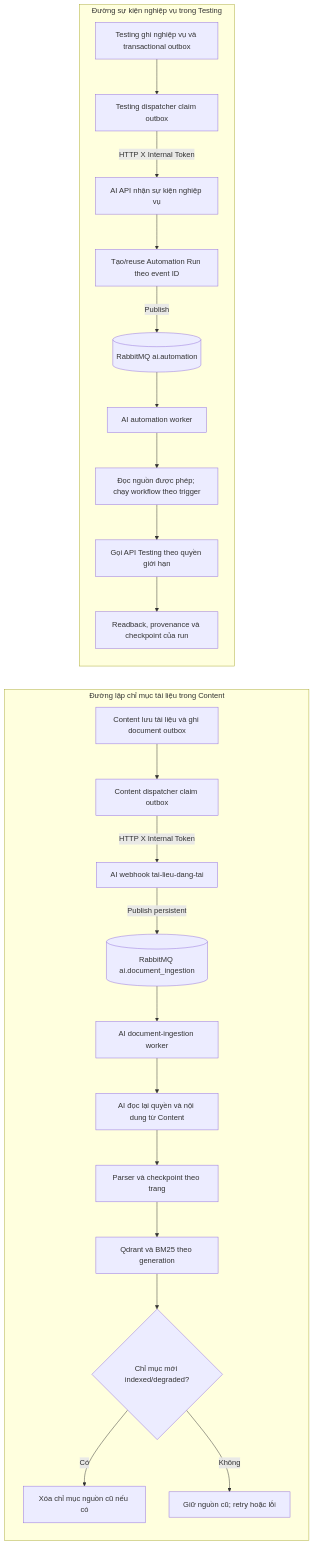
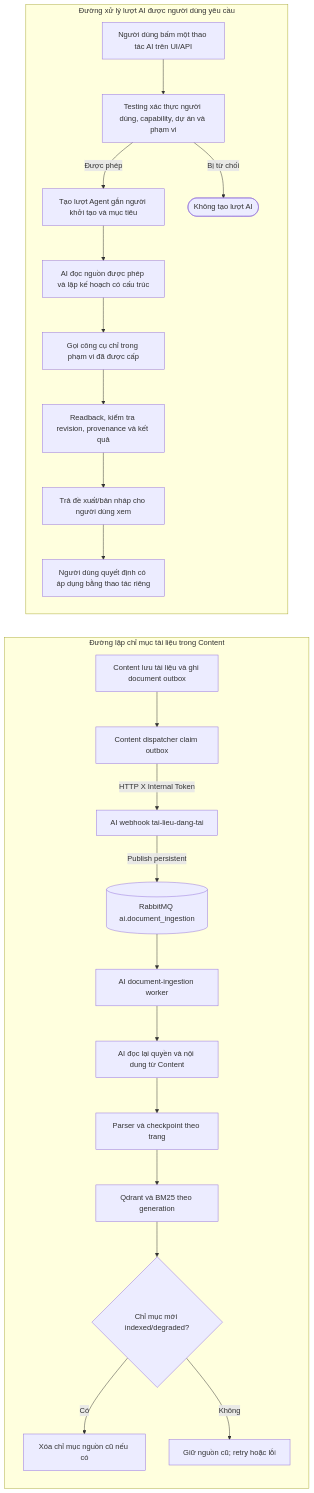
One commit to MinTruqday/Veriq changed the seventh of 12 diagrams in docs/kien-truc/FRAMEWORK_VERIQ.md. Above: the diagram before and after it, drawn with Mermaid. The commit also changed other lines of this file and 99 other files, not shown here.

````diff
--- a/docs/kien-truc/FRAMEWORK_VERIQ.md
+++ b/docs/kien-truc/FRAMEWORK_VERIQ.md
@@ -349,26 +349,26 @@
 ```mermaid
 flowchart LR
     subgraph INDEXING[Đường lập chỉ mục tài liệu trong Content]
       C1[Content lưu tài liệu và ghi document outbox] --> C2[Content dispatcher claim outbox]
       C2 -->|HTTP X Internal Token| A1[AI webhook tai-lieu-dang-tai]
       A1 -->|Publish persistent| MQ1[(RabbitMQ ai.document_ingestion)]
       MQ1 --> A2[AI document-ingestion worker]
       A2 --> A3[AI đọc lại quyền và nội dung từ Content]
       A3 --> A4[Parser và checkpoint theo trang]
       A4 --> A5[Qdrant và BM25 theo generation]
       A5 --> A6{Chỉ mục mới indexed/degraded?}
       A6 -->|Có| A7[Xóa chỉ mục nguồn cũ nếu có]
       A6 -->|Không| A8[Giữ nguồn cũ; retry hoặc lỗi]
     end
 
-    subgraph AUTOMATION[Đường sự kiện nghiệp vụ trong Testing]
-      T1[Testing ghi nghiệp vụ và transactional outbox] --> T2[Testing dispatcher claim outbox]
-      T2 -->|HTTP X Internal Token| A9[AI API nhận sự kiện nghiệp vụ]
-      A9 --> A10[Tạo/reuse Automation Run theo event ID]
-      A10 -->|Publish| MQ2[(RabbitMQ ai.automation)]
-      MQ2 --> A11[AI automation worker]
-      A11 --> A12[Đọc nguồn được phép; chạy workflow theo trigger]
-      A12 --> A13[Gọi API Testing theo quyền giới hạn]
-      A13 --> A14[Readback, provenance và checkpoint của run]
+    subgraph REQUESTED[Đường xử lý lượt AI được người dùng yêu cầu]
+      T1[Người dùng bấm một thao tác AI trên UI/API] --> T2[Testing xác thực người dùng, capability, dự án và phạm vi]
+      T2 -->|Được phép| A9[Tạo lượt Agent gắn người khởi tạo và mục tiêu]
+      A9 --> A10[AI đọc nguồn được phép và lập kế hoạch có cấu trúc]
+      A10 --> A11[Gọi công cụ chỉ trong phạm vi đã được cấp]
+      A11 --> A12[Readback, kiểm tra revision, provenance và kết quả]
+      A12 --> A13[Trả đề xuất/bản nháp cho người dùng xem]
+      A13 --> A14[Người dùng quyết định có áp dụng bằng thao tác riêng]
+      T2 -->|Bị từ chối| DENY([Không tạo lượt AI])
     end
 ```
````
